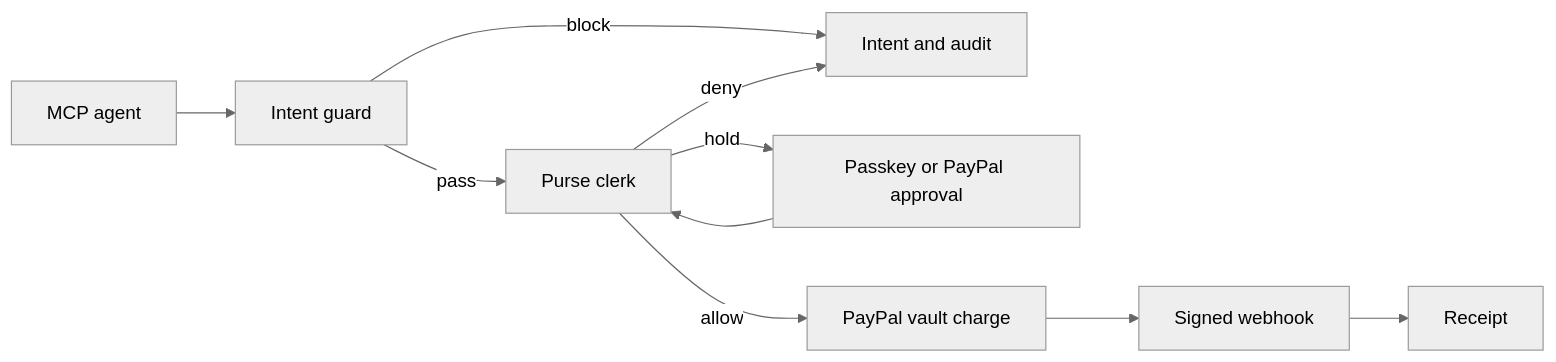
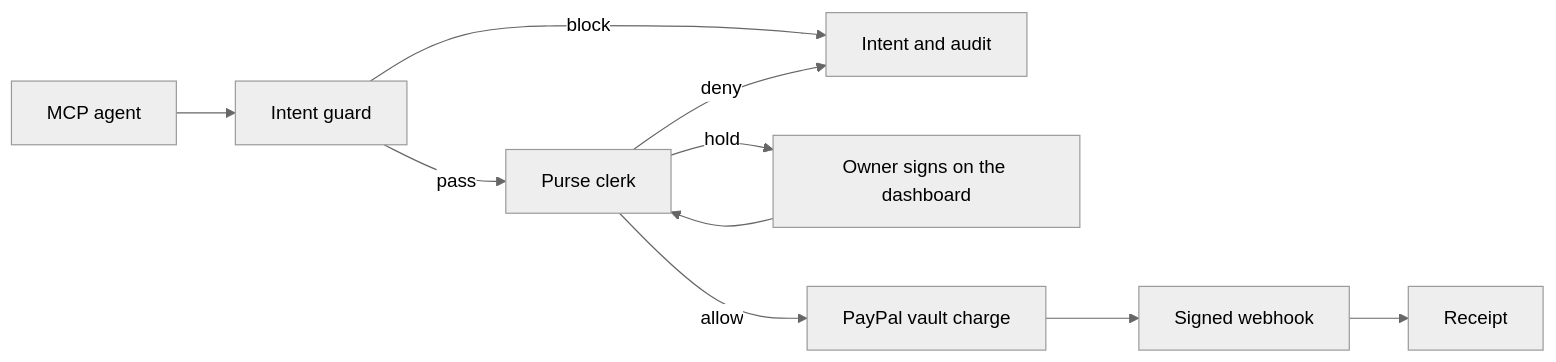
One commit to maaz-bin-hassan/agentpurse changed the diagram in docs/ARCHITECTURE.md. Above: the diagram before and after it, drawn with Mermaid (neutral theme). The commit also changed other lines of this file and 34 other files, not shown here.

First line of the commit message:
Add PayPal sandbox demo flow

````diff
--- a/docs/ARCHITECTURE.md
+++ b/docs/ARCHITECTURE.md
@@ -7,12 +7,12 @@
 ```mermaid
 flowchart LR
   Agent[MCP agent] --> Guard[Intent guard]
   Guard -->|block| Ledger[Intent and audit]
   Guard -->|pass| Clerk[Purse clerk]
   Clerk -->|deny| Ledger
-  Clerk -->|hold| Human[Passkey or PayPal approval]
+  Clerk -->|hold| Human[Owner signs on the dashboard]
   Human --> Clerk
   Clerk -->|allow| Vault[PayPal vault charge]
   Vault --> Webhook[Signed webhook]
   Webhook --> Receipt[Receipt]
 ```
````
